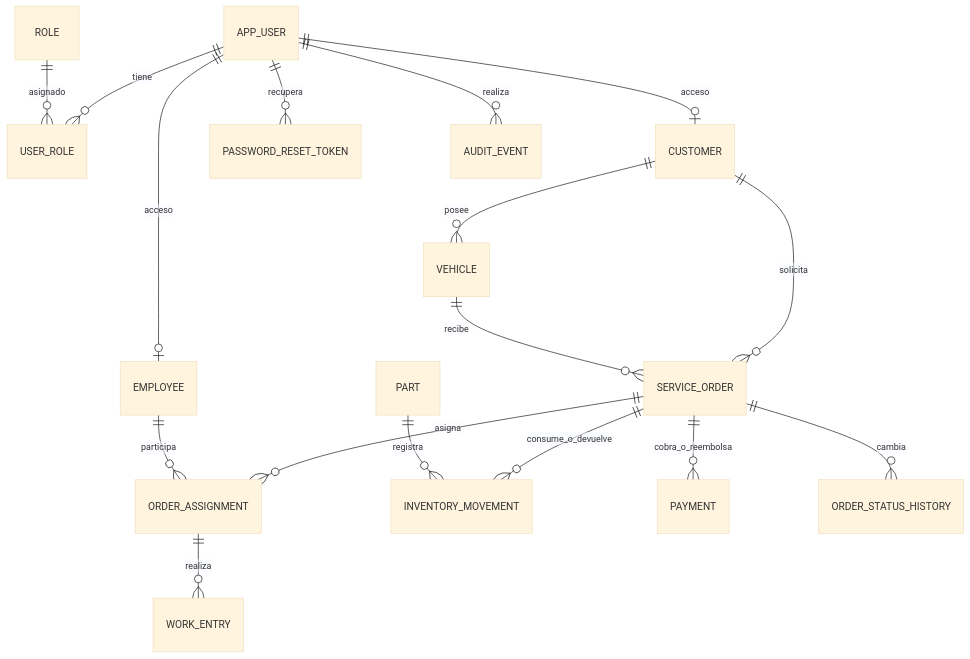
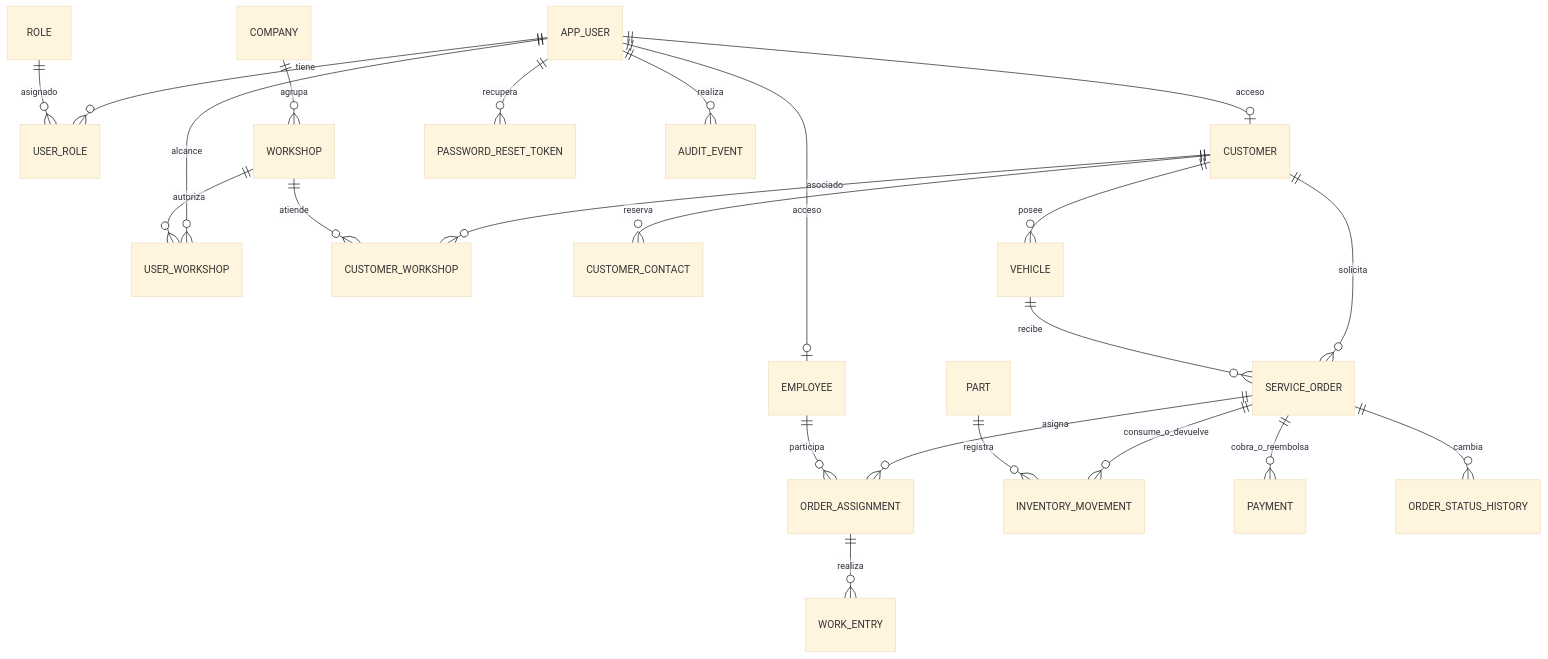
The diagram in docs/modelo.md (Sans726/TallerMeco), drawn with Mermaid (base theme) before and after one commit. The commit also changed other lines of this file and 102 other files, not shown here.

Commit message:
feat: complete customer and workshop administration with V6 docs and HTML diagrams

````diff
--- a/docs/modelo.md
+++ b/docs/modelo.md
@@ -3,19 +3,25 @@
 ```mermaid
 erDiagram
     APP_USER ||--o{ USER_ROLE : tiene
     ROLE ||--o{ USER_ROLE : asignado
+    COMPANY ||--o{ WORKSHOP : agrupa
+    APP_USER ||--o{ USER_WORKSHOP : alcance
+    WORKSHOP ||--o{ USER_WORKSHOP : autoriza
+    CUSTOMER ||--o{ CUSTOMER_WORKSHOP : asociado
+    WORKSHOP ||--o{ CUSTOMER_WORKSHOP : atiende
+    CUSTOMER ||--o{ CUSTOMER_CONTACT : reserva
     APP_USER ||--o| CUSTOMER : acceso
     APP_USER ||--o| EMPLOYEE : acceso
     APP_USER ||--o{ PASSWORD_RESET_TOKEN : recupera
     CUSTOMER ||--o{ VEHICLE : posee
     CUSTOMER ||--o{ SERVICE_ORDER : solicita
     VEHICLE ||--o{ SERVICE_ORDER : recibe
     SERVICE_ORDER ||--o{ ORDER_ASSIGNMENT : asigna
     EMPLOYEE ||--o{ ORDER_ASSIGNMENT : participa
     ORDER_ASSIGNMENT ||--o{ WORK_ENTRY : realiza
     SERVICE_ORDER ||--o{ INVENTORY_MOVEMENT : consume_o_devuelve
     PART ||--o{ INVENTORY_MOVEMENT : registra
     SERVICE_ORDER ||--o{ PAYMENT : cobra_o_reembolsa
     SERVICE_ORDER ||--o{ ORDER_STATUS_HISTORY : cambia
     APP_USER ||--o{ AUDIT_EVENT : realiza
 ```
````
